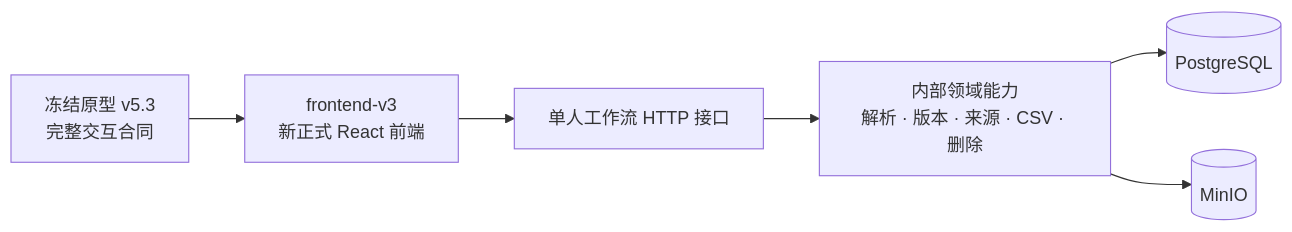
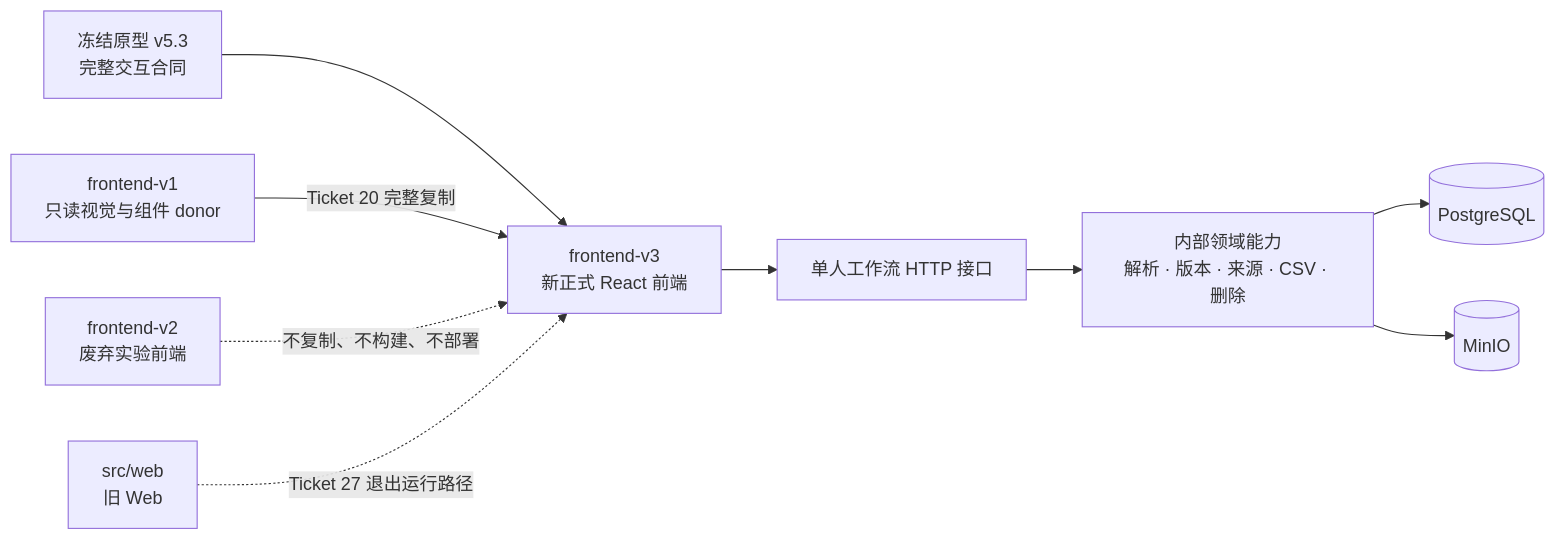
One commit to iflabx/evalbase changed the second of 3 diagrams in docs/system-flow-v2.md. Above: the diagram before and after it, drawn with Mermaid. The commit also changed other lines of this file and 337 other files, not shown here.

````diff
--- a/docs/system-flow-v2.md
+++ b/docs/system-flow-v2.md
@@ -76,8 +76,11 @@
 ```mermaid
 flowchart LR
     Prototype["冻结原型 v5.3<br/>完整交互合同"] --> V3["frontend-v3<br/>新正式 React 前端"]
+    Donor["frontend-v1<br/>只读视觉与组件 donor"] -->|"Ticket 20 完整复制"| V3
+    Deprecated["frontend-v2<br/>废弃实验前端"] -. "不复制、不构建、不部署" .-> V3
     V3 --> API["单人工作流 HTTP 接口"]
     API --> Core["内部领域能力<br/>解析 · 版本 · 来源 · CSV · 删除"]
     Core --> PG[(PostgreSQL)]
     Core --> MinIO[(MinIO)]
+    Old["src/web<br/>旧 Web"] -. "Ticket 27 退出运行路径" .-> V3
 ```
````
